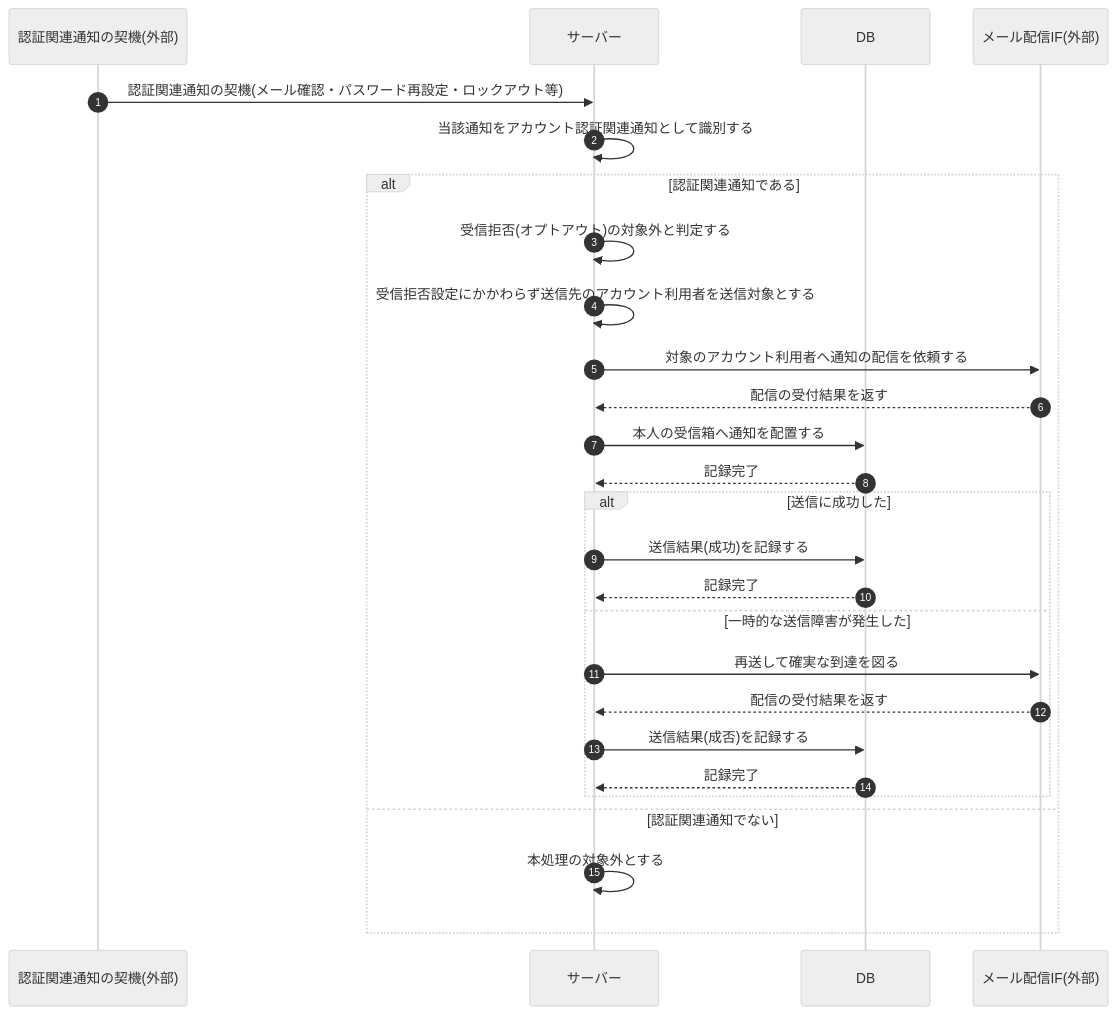
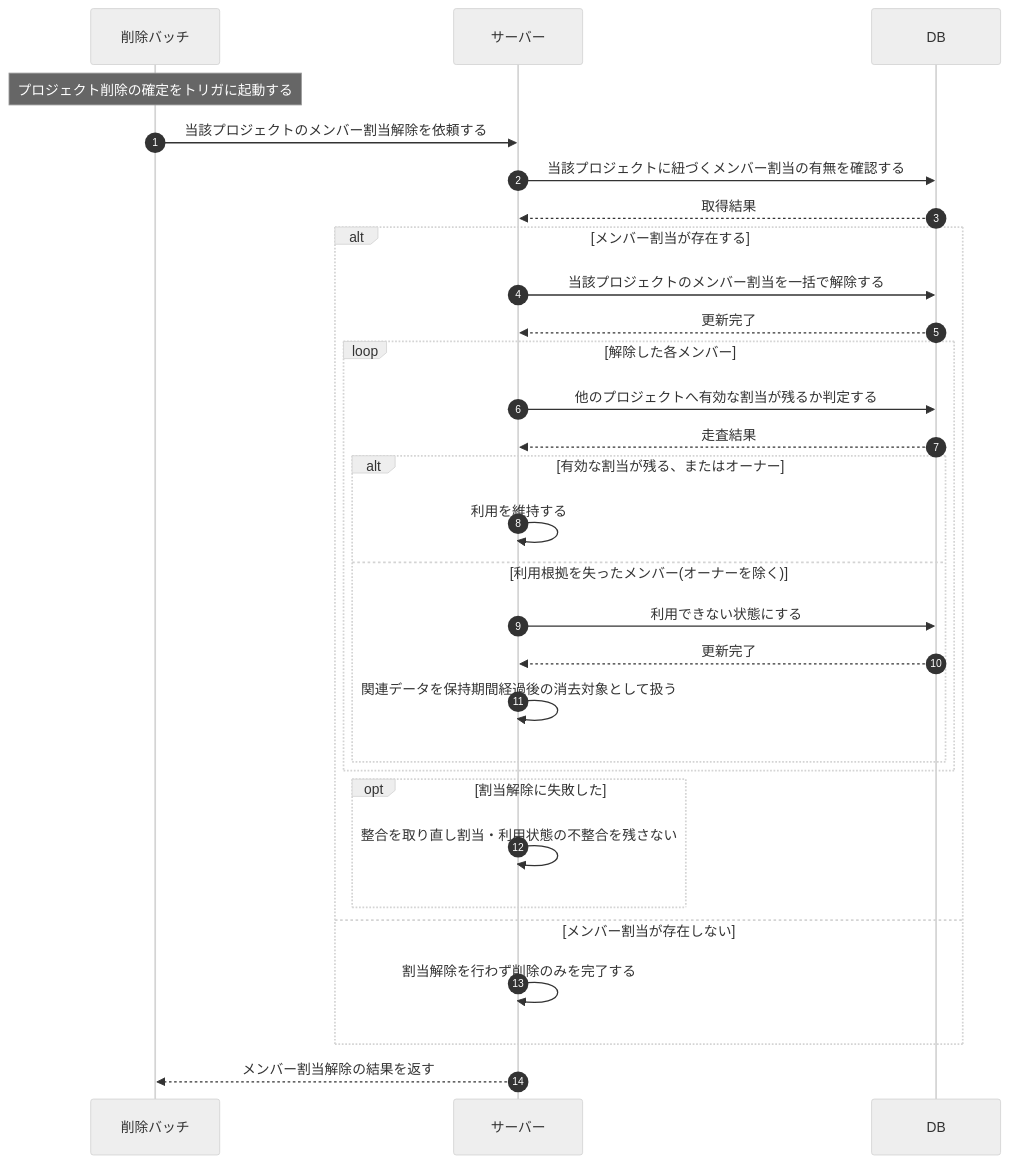
Before and after one commit to sikakou54/open-faq: the diagram in 02_basic_design/03_sequences/SEQ-115.md, drawn with Mermaid (neutral theme). The commit also changed other lines of this file and 395 other files, not shown here.

````diff
--- a/02_basic_design/03_sequences/SEQ-115.md
+++ b/02_basic_design/03_sequences/SEQ-115.md
@@ -25,29 +25,32 @@
 ```mermaid
 sequenceDiagram
   autonumber
-  participant TRG as 認証関連通知の契機(外部)
+  participant B as 削除バッチ
   participant Server as サーバー
   participant DB as DB
-  participant Email as メール配信IF(外部)
-  TRG->>Server: 認証関連通知の契機(メール確認・パスワード再設定・ロックアウト等)
-  Server->>Server: 当該通知をアカウント認証関連通知として識別する
-  alt 認証関連通知である
-    Server->>Server: 受信拒否(オプトアウト)の対象外と判定する
-    Server->>Server: 受信拒否設定にかかわらず送信先のアカウント利用者を送信対象とする
-    Server->>Email: 対象のアカウント利用者へ通知の配信を依頼する
-    Email-->>Server: 配信の受付結果を返す
-    Server->>DB: 本人の受信箱へ通知を配置する
-    DB-->>Server: 記録完了
-    alt 送信に成功した
-      Server->>DB: 送信結果(成功)を記録する
-      DB-->>Server: 記録完了
-    else 一時的な送信障害が発生した
-      Server->>Email: 再送して確実な到達を図る
-      Email-->>Server: 配信の受付結果を返す
-      Server->>DB: 送信結果(成否)を記録する
-      DB-->>Server: 記録完了
+  Note over B: プロジェクト削除の確定をトリガに起動する
+  B->>Server: 当該プロジェクトのメンバー割当解除を依頼する
+  Server->>DB: 当該プロジェクトに紐づくメンバー割当の有無を確認する
+  DB-->>Server: 取得結果
+  alt メンバー割当が存在する
+    Server->>DB: 当該プロジェクトのメンバー割当を一括で解除する
+    DB-->>Server: 更新完了
+    loop 解除した各メンバー
+      Server->>DB: 他のプロジェクトへ有効な割当が残るか判定する
+      DB-->>Server: 走査結果
+      alt 有効な割当が残る、またはオーナー
+        Server->>Server: 利用を維持する
+      else 利用根拠を失ったメンバー(オーナーを除く)
+        Server->>DB: 利用できない状態にする
+        DB-->>Server: 更新完了
+        Server->>Server: 関連データを保持期間経過後の消去対象として扱う
+      end
     end
-  else 認証関連通知でない
-    Server->>Server: 本処理の対象外とする
+    opt 割当解除に失敗した
+      Server->>Server: 整合を取り直し割当・利用状態の不整合を残さない
+    end
+  else メンバー割当が存在しない
+    Server->>Server: 割当解除を行わず削除のみを完了する
   end
+  Server-->>B: メンバー割当解除の結果を返す
 ```
````
